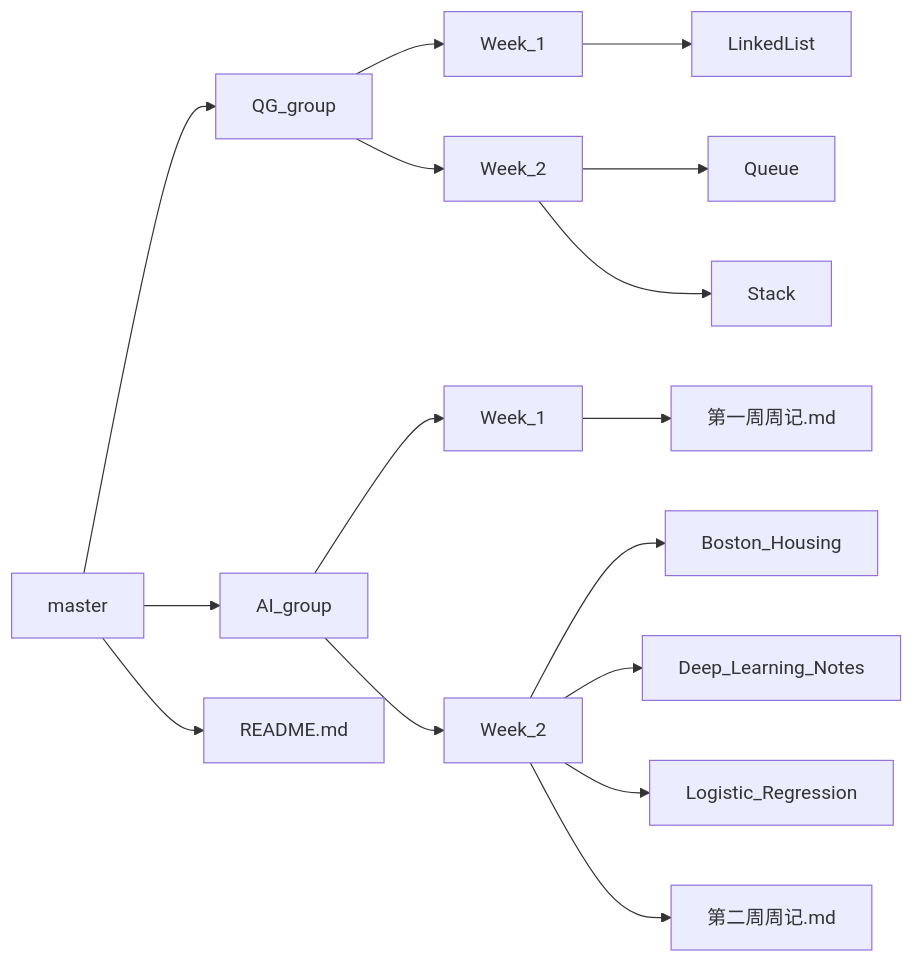
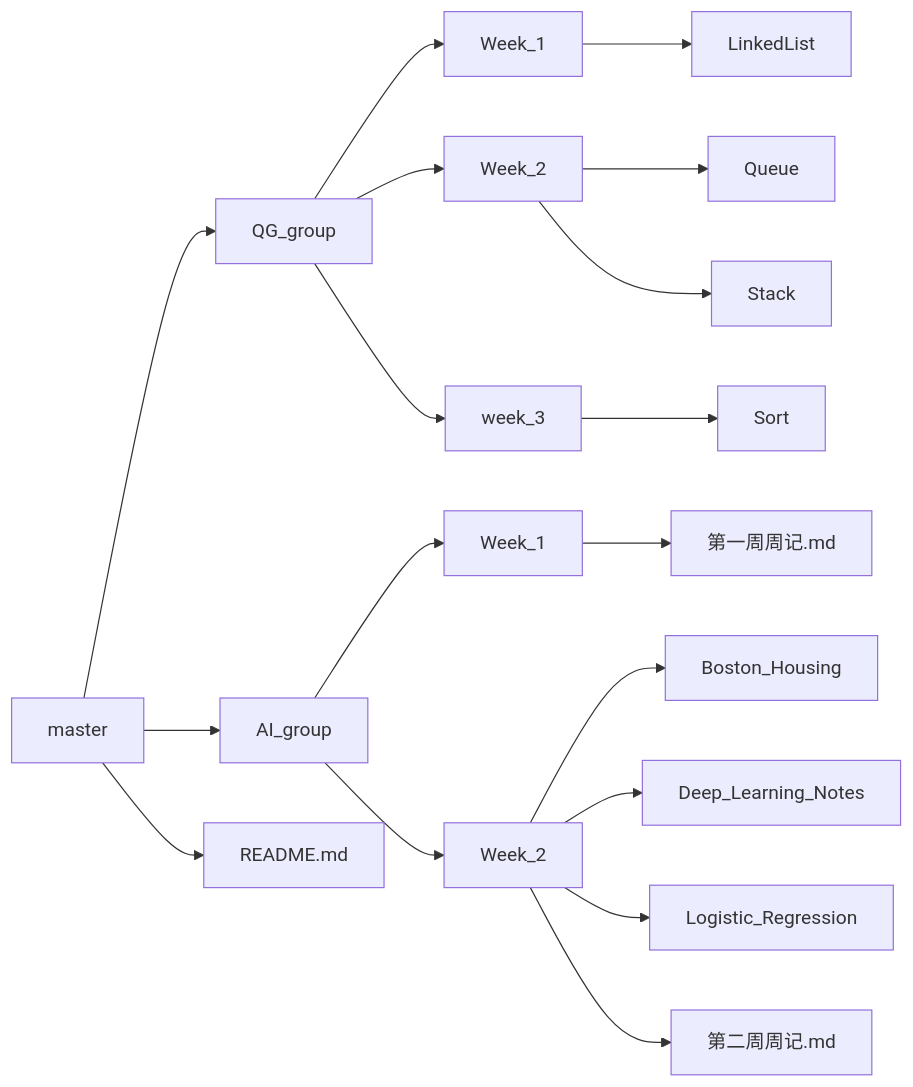
The diagram in README.md (sevanthea7/QG_training_camp), drawn with Mermaid before and after one commit.

````diff
--- a/README.md
+++ b/README.md
@@ -1,18 +1,20 @@
 ```mermaid
 graph LR
 master --> QG_group
 master --> AI_group
 master --> README.md
 QG_group --> 1[Week_1]
 QG_group --> 3[Week_2]
+QG_group --> 5[week_3]
 3[Week_2] --> Queue
 3[Week_2] --> Stack
 1[Week_1] --> LinkedList
+5 --> Sort
 AI_group --> 2[Week_1]
 AI_group --> 4[Week_2]
 4[Week_2] --> Boston_Housing
 4[Week_2] --> Deep_Learning_Notes
 4[Week_2] --> Logistic_Regression
 4[Week_2] --> 第二周周记.md
 2[Week_1] --> 第一周周记.md
 ```
````
